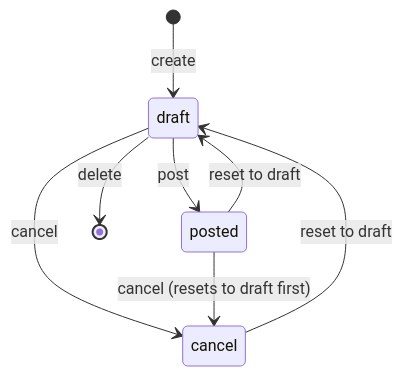
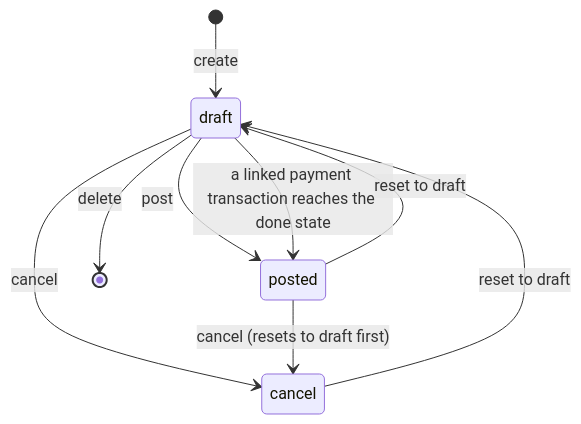
The first of 4 diagrams in docs/domains/accounts-receivable/state-machines.md (vast-development-method/odoo-doc), drawn with Mermaid before and after one commit. The commit also changed other lines of this file and 53 other files, not shown here.

````diff
--- a/docs/domains/accounts-receivable/state-machines.md
+++ b/docs/domains/accounts-receivable/state-machines.md
@@ -34,10 +34,11 @@
 ```mermaid
 stateDiagram-v2
     [*] --> draft: create
     draft --> posted: post
+    draft --> posted: a linked payment transaction reaches the done state
     draft --> cancel: cancel
     posted --> draft: reset to draft
     posted --> cancel: cancel (resets to draft first)
     cancel --> draft: reset to draft
     draft --> [*]: delete
 ```
````
